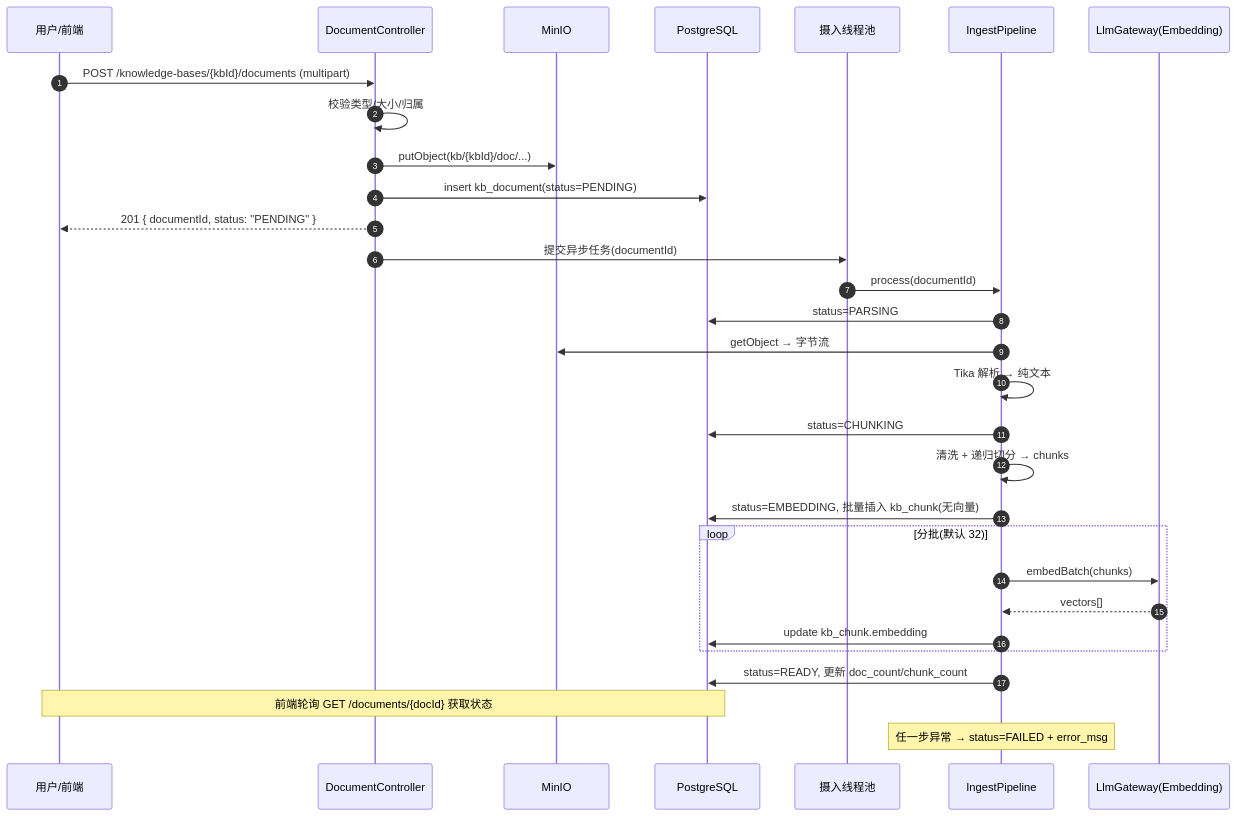
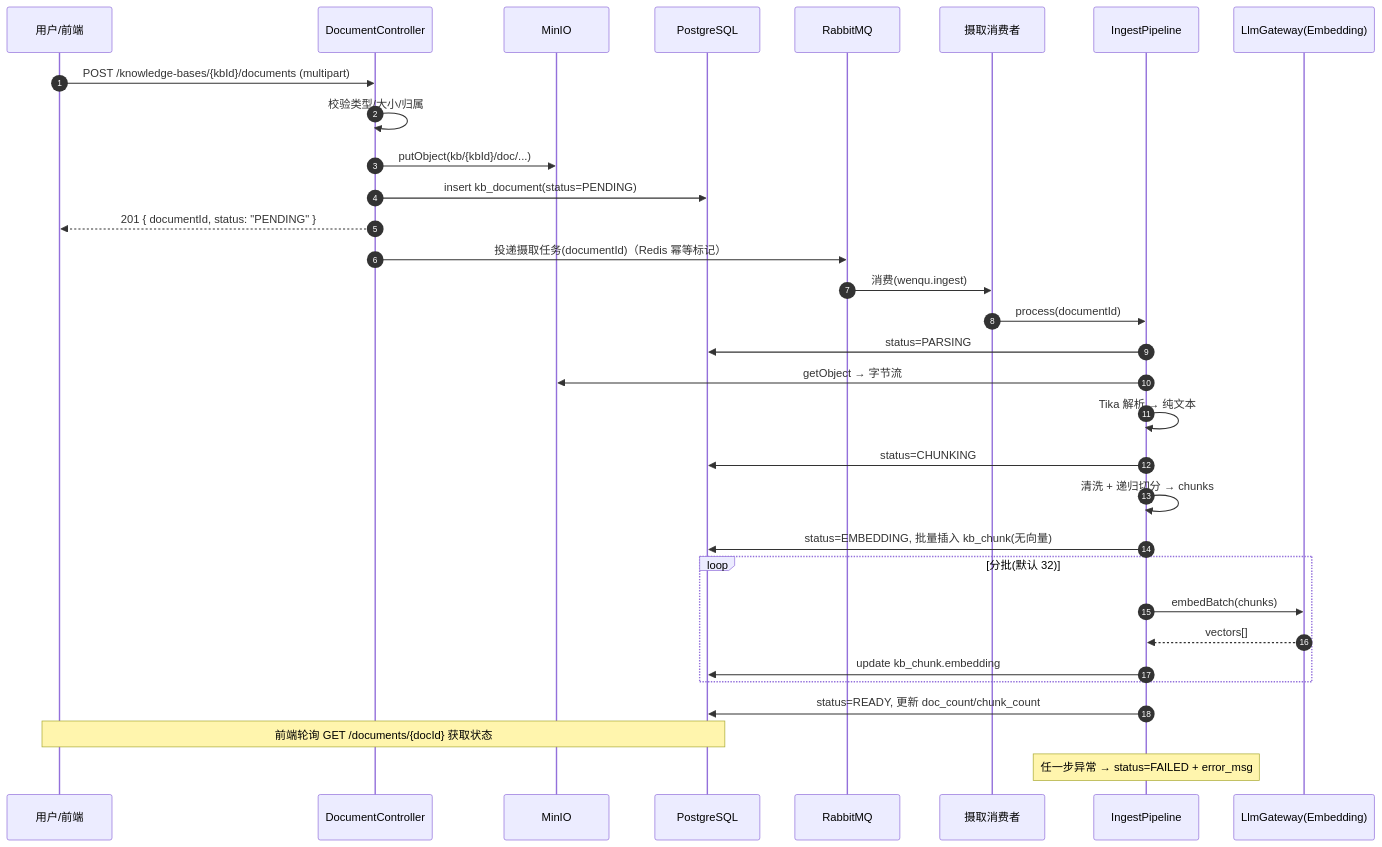
The second of 5 diagrams in doc/02-技术架构设计.md (CBT-keep/WenQu), drawn with Mermaid before and after one commit. The commit also changed other lines of this file and 7 other files, not shown here.

````diff
--- a/doc/02-技术架构设计.md
+++ b/doc/02-技术架构设计.md
@@ -154,34 +161,36 @@
 ```mermaid
 sequenceDiagram
   autonumber
   participant U as 用户/前端
   participant C as DocumentController
   participant M as MinIO
   participant DB as PostgreSQL
-  participant Q as 摄入线程池
+  participant MQ as RabbitMQ
+  participant Q as 摄取消费者
   participant P as IngestPipeline
   participant E as LlmGateway(Embedding)
 
   U->>C: POST /knowledge-bases/{kbId}/documents (multipart)
   C->>C: 校验类型/大小/归属
   C->>M: putObject(kb/{kbId}/doc/...)
   C->>DB: insert kb_document(status=PENDING)
   C-->>U: 201 { documentId, status: "PENDING" }
 
-  C->>Q: 提交异步任务(documentId)
+  C->>MQ: 投递摄取任务(documentId)（Redis 幂等标记）
+  MQ->>Q: 消费(wenqu.ingest)
   Q->>P: process(documentId)
   P->>DB: status=PARSING
   P->>M: getObject → 字节流
   P->>P: Tika 解析 → 纯文本
   P->>DB: status=CHUNKING
   P->>P: 清洗 + 递归切分 → chunks
   P->>DB: status=EMBEDDING, 批量插入 kb_chunk(无向量)
   loop 分批(默认 32)
     P->>E: embedBatch(chunks)
     E-->>P: vectors[]
     P->>DB: update kb_chunk.embedding
   end
   P->>DB: status=READY, 更新 doc_count/chunk_count
   Note over U,DB: 前端轮询 GET /documents/{docId} 获取状态
   Note over P: 任一步异常 → status=FAILED + error_msg
 ```
````
